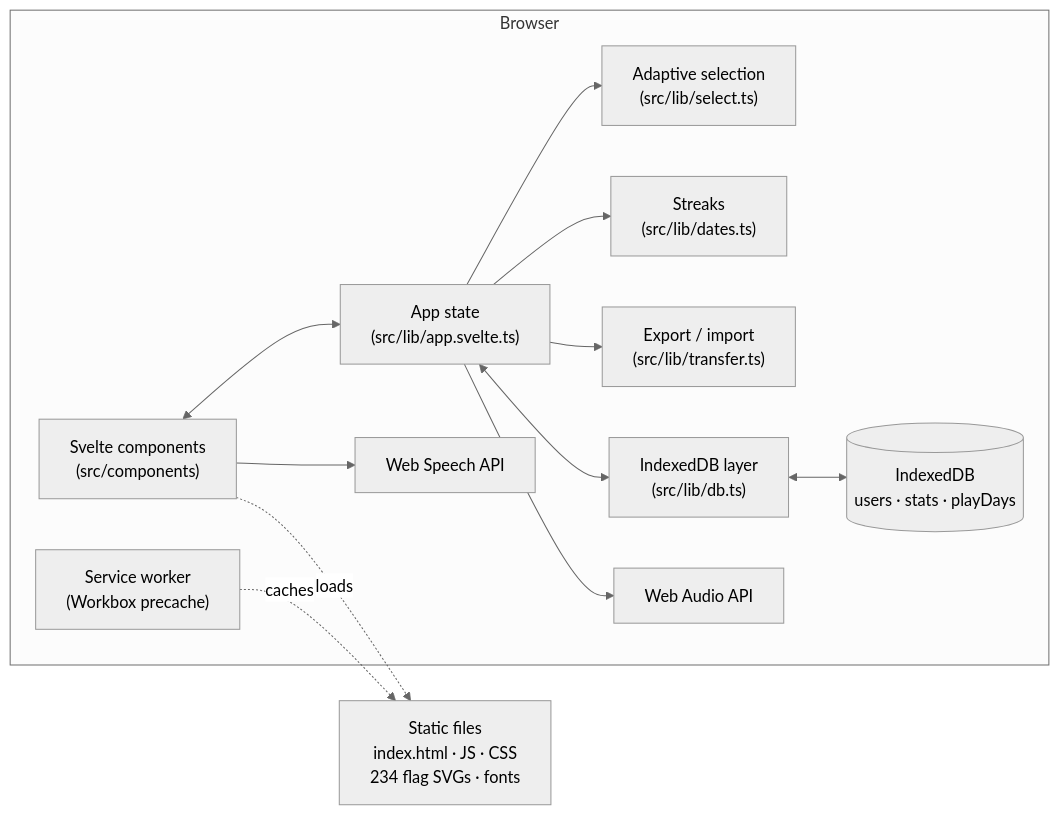
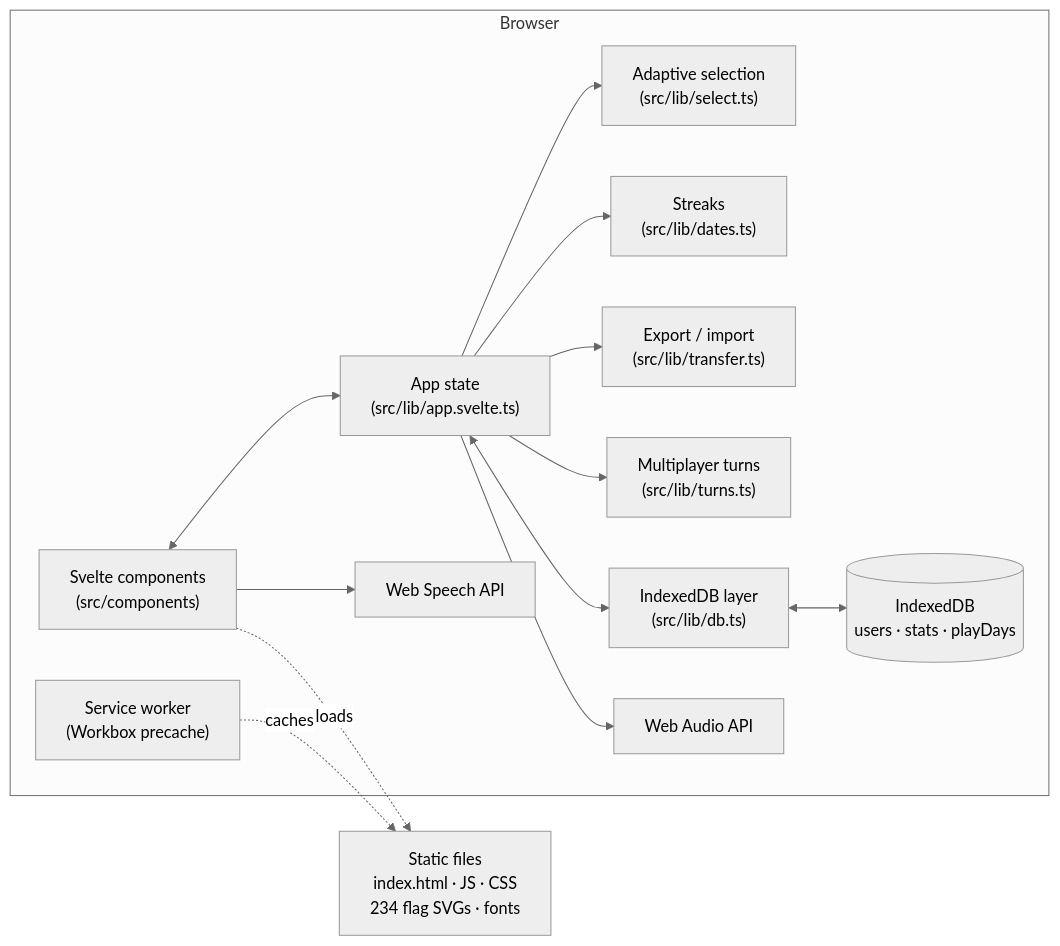
Before and after one commit to AOSSIE-Org/FlagQuiz: the first of 2 diagrams in README.md, drawn with Mermaid (neutral theme). The commit also changed other lines of this file and 22 other files, not shown here.

````diff
--- a/README.md
+++ b/README.md
@@ -137,26 +138,28 @@
 ```mermaid
 flowchart LR
   subgraph Browser
     UI["Svelte components<br/>(src/components)"]
     State["App state<br/>(src/lib/app.svelte.ts)"]
     Select["Adaptive selection<br/>(src/lib/select.ts)"]
     Dates["Streaks<br/>(src/lib/dates.ts)"]
     Transfer["Export / import<br/>(src/lib/transfer.ts)"]
+    Turns["Multiplayer turns<br/>(src/lib/turns.ts)"]
     DB["IndexedDB layer<br/>(src/lib/db.ts)"]
     IDB[("IndexedDB<br/>users · stats · playDays")]
     Speech["Web Speech API"]
     Audio["Web Audio API"]
     SW["Service worker<br/>(Workbox precache)"]
   end
   Assets["Static files<br/>index.html · JS · CSS<br/>234 flag SVGs · fonts"]
 
   UI <--> State
   State --> Select
   State --> Dates
   State --> Transfer
+  State --> Turns
   State <--> DB <--> IDB
   UI --> Speech
   State --> Audio
   SW -. caches .-> Assets
   UI -. loads .-> Assets
 ```
````
